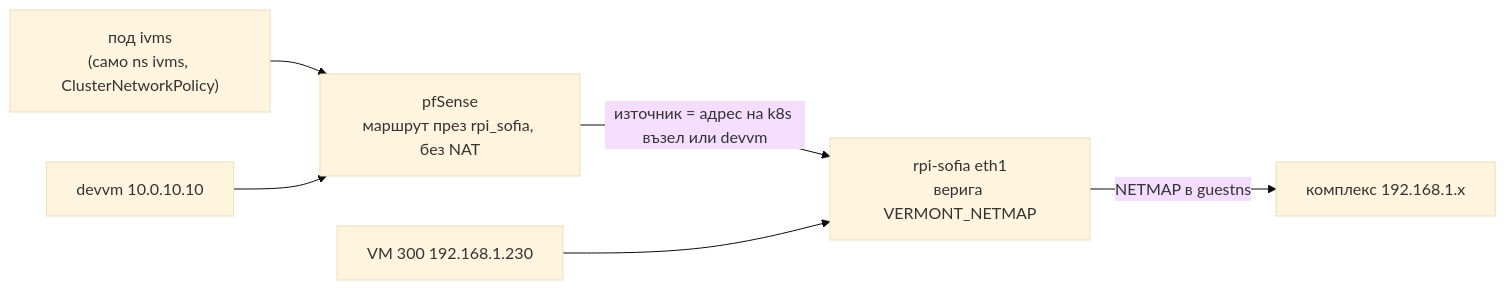
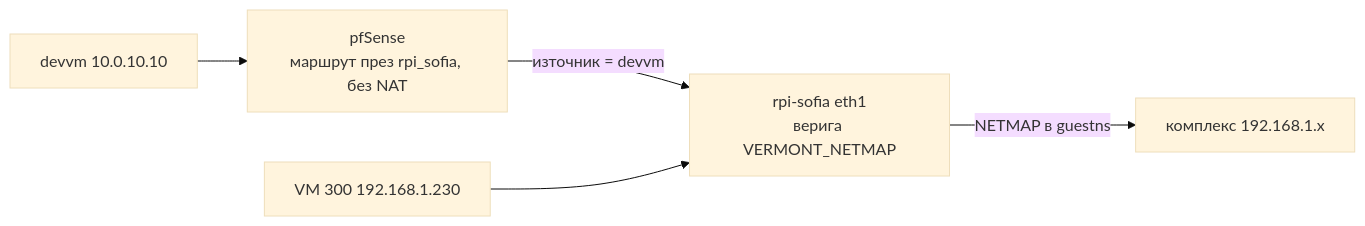
One commit to ViktorBarzin/infra changed the diagram in docs/runbooks/cameras-nvr-intercom.md. Above: the diagram before and after it, drawn with Mermaid (base theme). The commit also changed other lines of this file and 19 other files, not shown here.

First line of the commit message:
Retire the cluster iVMS and close the cluster's path to the Vermont devices [ci skip]

````diff
--- a/docs/runbooks/cameras-nvr-intercom.md
+++ b/docs/runbooks/cameras-nvr-intercom.md
@@ -28,8 +29,7 @@
 ```mermaid
 flowchart LR
-  P["под ivms<br/>(само ns ivms, ClusterNetworkPolicy)"] --> PF["pfSense<br/>маршрут през rpi_sofia, без NAT"]
-  D["devvm 10.0.10.10"] --> PF
-  PF -->|"източник = адрес на k8s възел или devvm"| PI["rpi-sofia eth1<br/>верига VERMONT_NETMAP"]
+  D["devvm 10.0.10.10"] --> PF["pfSense<br/>маршрут през rpi_sofia, без NAT"]
+  PF -->|"източник = devvm"| PI["rpi-sofia eth1<br/>верига VERMONT_NETMAP"]
   V["VM 300 192.168.1.230"] --> PI
   PI -->|"NETMAP в guestns"| C["комплекс 192.168.1.x"]
 ```
````
